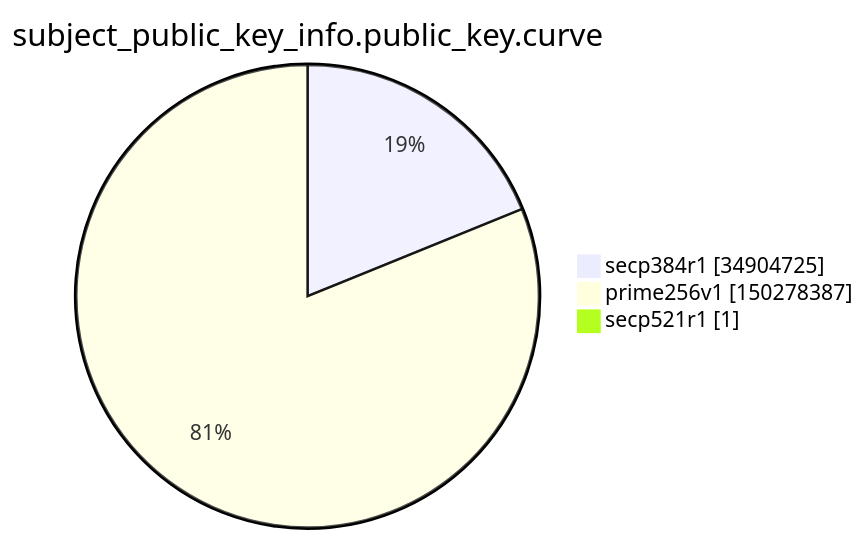
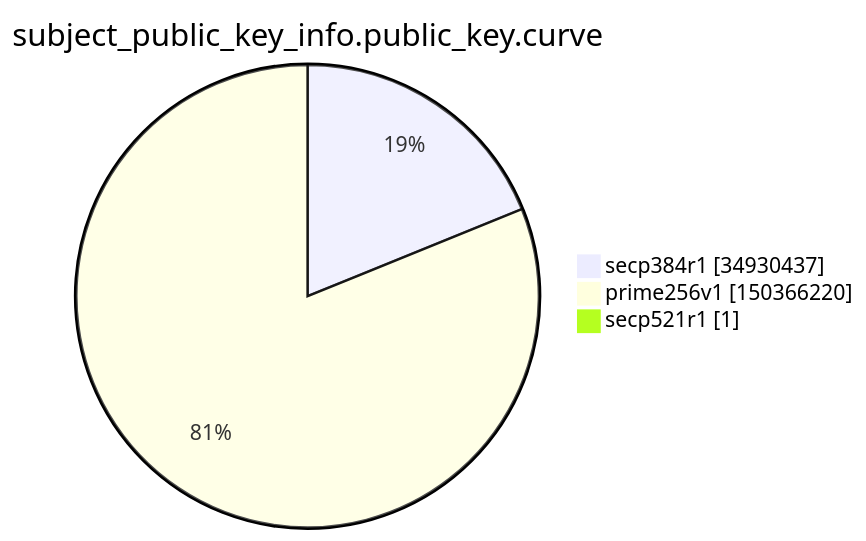
The ninth of 15 diagrams in argon2022/README.md (christiankrug/ctmonitor_visualization), drawn with Mermaid before and after one commit. The commit also changed other lines of this file, not shown here.

````diff
--- a/argon2022/README.md
+++ b/argon2022/README.md
@@ -2765,7 +2765,7 @@
 ```mermaid
 pie showData
 title subject_public_key_info.public_key.curve
-"secp384r1" :34904725
-"prime256v1" :150278387
+"secp384r1" :34930437
+"prime256v1" :150366220
 "secp521r1" :1
 ```
````
